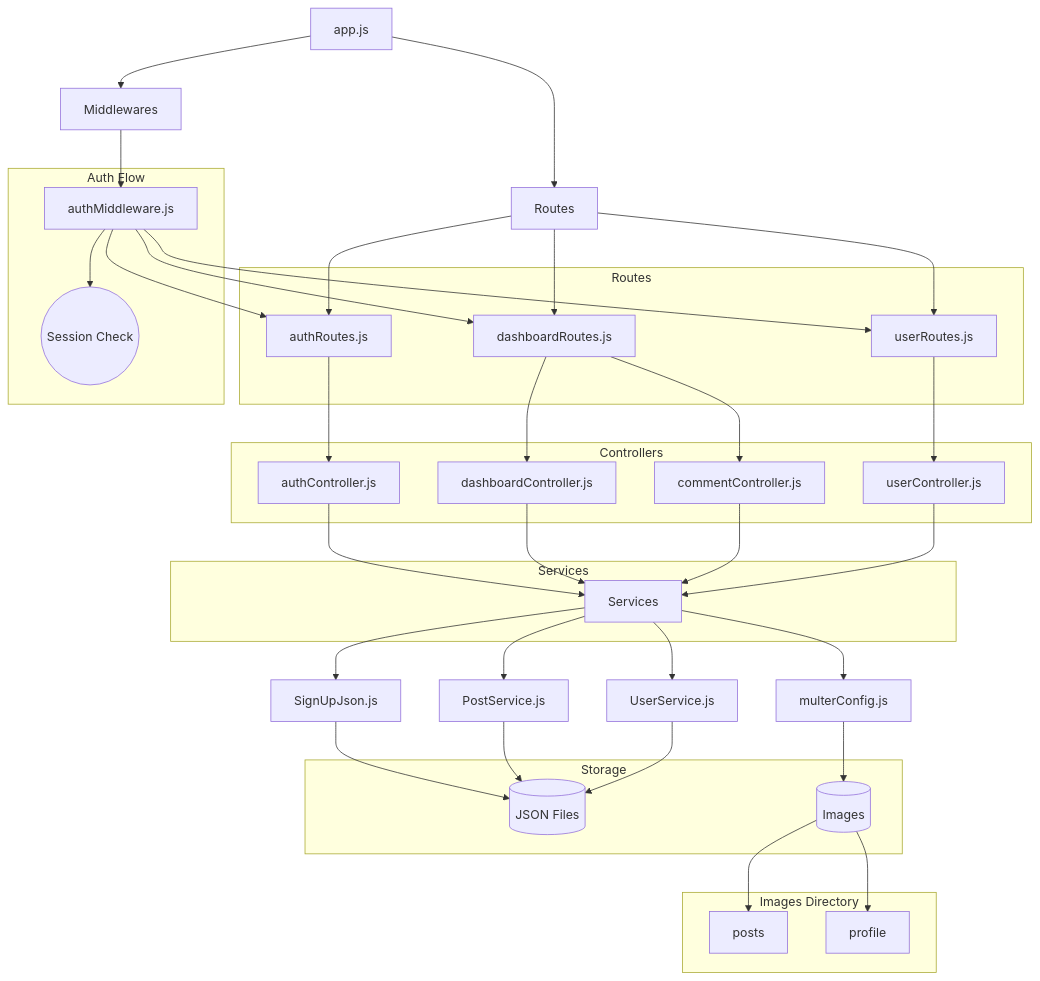
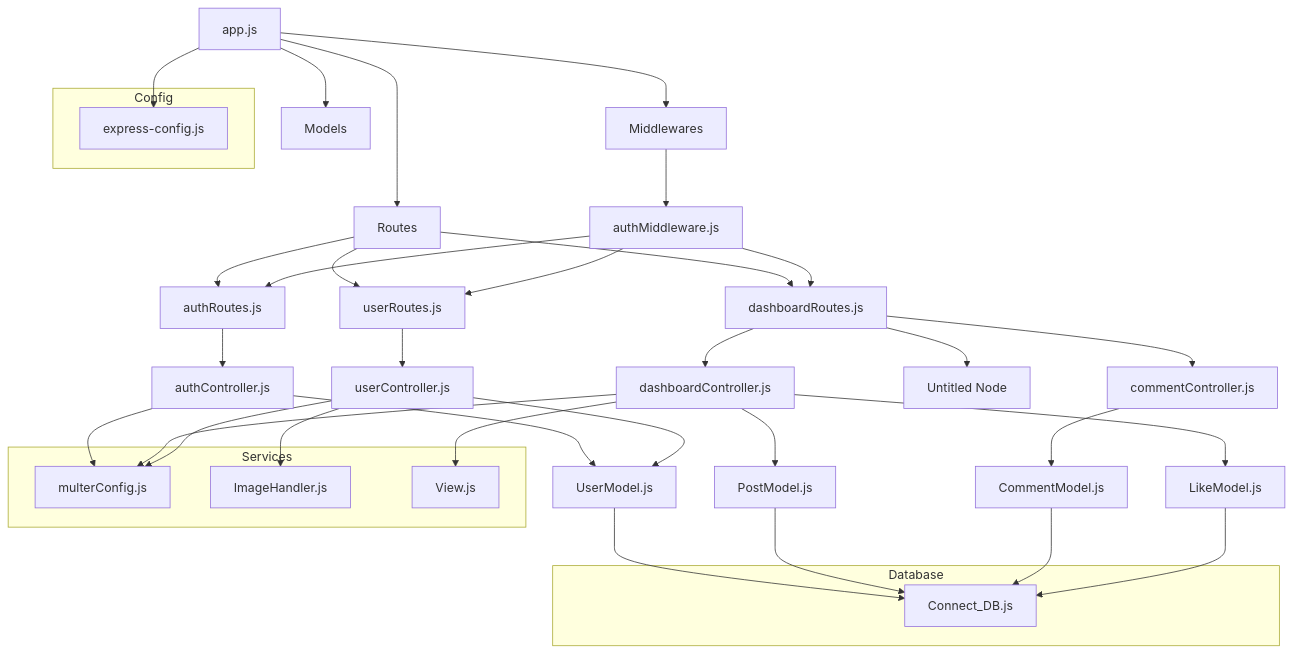
One commit to 100-hours-a-week/2-semi-hyun-community-be changed the diagram in README.md. Above: the diagram before and after it, drawn with Mermaid. The commit also changed other lines of this file, not shown here.

````diff
--- a/README.md
+++ b/README.md
@@ -53,66 +71,30 @@
 ```mermaid
-graph TD
-    A[app.js] --> B[Routes]
-    A --> C[Middlewares]
-    
-    B --> D[authRoutes.js]
-    B --> E[dashboardRoutes.js] 
-    B --> F[userRoutes.js]
-    
-    D --> G[authController.js]
-    E --> H[dashboardController.js]
-    E --> I[commentController.js]
-    F --> J[userController.js]
-    
-    G --> K[Services]
-    H --> K
-    I --> K
-    J --> K
-    
-    K --> L[SignUpJson.js]
-    K --> M[PostService.js]
-    K --> N[UserService.js]
-    K --> O[multerConfig.js]
-    
-    L --> P[(JSON Files)]
-    M --> P
-    N --> P
-    O --> R[(Images)]
-    
-    C --> Q[authMiddleware.js]
-    Q --> D
-    Q --> E
-    Q --> F
-    
-    subgraph Storage
-    P
-    R
-    end
-    
-    subgraph "Images Directory"
-    R --> S[posts]
-    R --> T[profile]
-    end
-    
-    subgraph Services
-    K
-    end
-    
-    subgraph Controllers
-    G
-    H 
-    I
-    J
-    end
-    
-    subgraph Routes
-    D
-    E
-    F
-    end
+flowchart TD
+ subgraph Services["Services"]
+        P["multerConfig.js"]
+        Q["ImageHandler.js"]
+        R["View.js"]
+  end
+ subgraph Database["Database"]
+        S["Connect_DB.js"]
+  end
+ subgraph Config["Config"]
+        V["express-config.js"]
+  end
 
-    subgraph "Auth Flow"
-        Q --> U((Session Check))
-    end
-
+    A["app.js"] --> B["Routes"] & C["Middlewares"] & D["Models"] & V
+    B --> E["authRoutes.js"] & F["dashboardRoutes.js"] & G["userRoutes.js"]
+    E --> H["authController.js"]
+    F --> I["dashboardController.js"] & J["commentController.js"] & n2["Untitled Node"]
+    G --> K["userController.js"]
+    H --> L["UserModel.js"] & P
+    I --> M["PostModel.js"] & O["LikeModel.js"] & P & R
+    J --> N["CommentModel.js"]
+    K --> L & P & Q
+    L --> S
+    M --> S
+    N --> S
+    O --> S
+    C --> T["authMiddleware.js"]
+    T --> E & F & G
 ```
````
